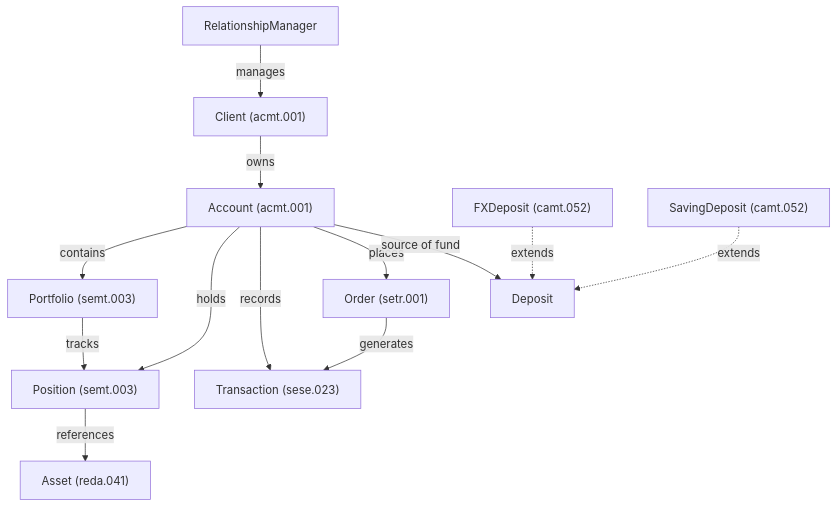
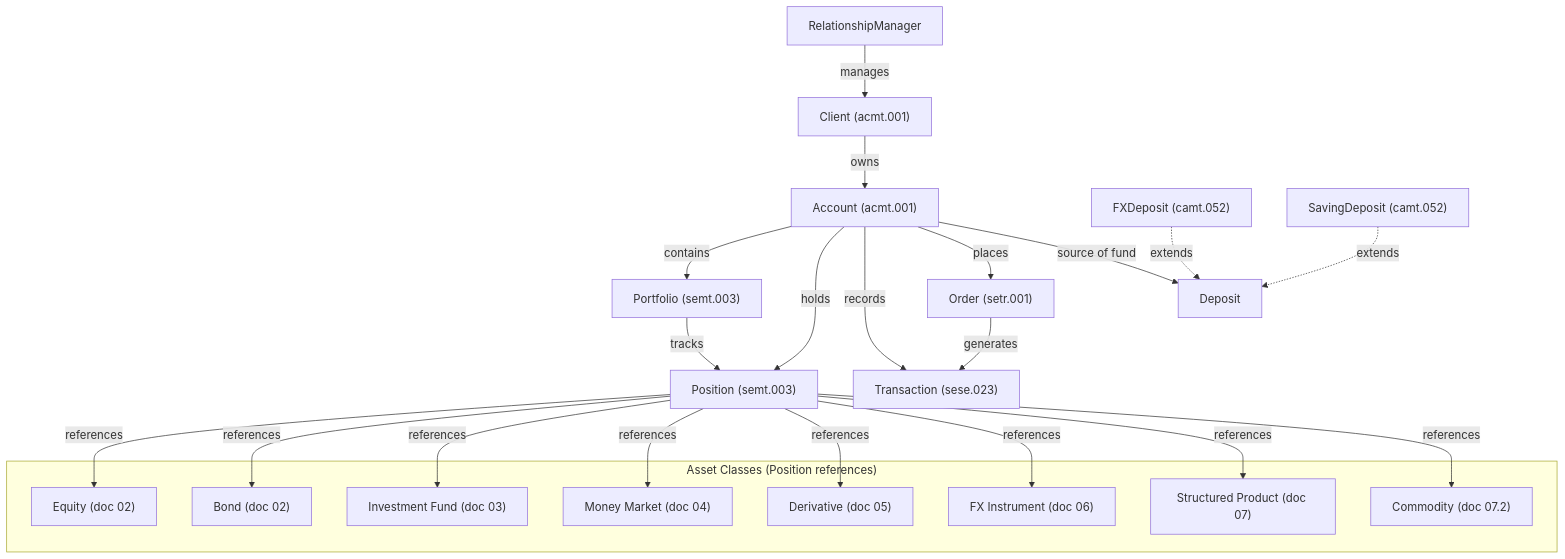
Before and after one commit to vahalla-wealth/investment-data: the diagram in docs/01-wealth-management-specification.md, drawn with Mermaid. The commit also changed other lines of this file, not shown here.

````diff
--- a/docs/01-wealth-management-specification.md
+++ b/docs/01-wealth-management-specification.md
@@ -39,27 +47,44 @@
 ```mermaid
 graph TD
     RM["RelationshipManager"]
     CLI["Client (acmt.001)"]
     ACC["Account (acmt.001)"]
     PF["Portfolio (semt.003)"]
     POS["Position (semt.003)"]
     TXN["Transaction (sese.023)"]
     ORD["Order (setr.001)"]
     DEP["Deposit"]
     FXD["FXDeposit (camt.052)"]
     SVD["SavingDeposit (camt.052)"]
-    AST["Asset (reda.041)"]
+
+    subgraph "Asset Classes (Position references)"
+        EQ["Equity (doc 02)"]
+        BD["Bond (doc 02)"]
+        FND["Investment Fund (doc 03)"]
+        MM["Money Market (doc 04)"]
+        DRV["Derivative (doc 05)"]
+        FX["FX Instrument (doc 06)"]
+        SP["Structured Product (doc 07)"]
+        CMD["Commodity (doc 07.2)"]
+    end
 
     RM -->|manages| CLI
     CLI -->|owns| ACC
     ACC -->|contains| PF
     ACC -->|holds| POS
     ACC -->|records| TXN
     ACC -->|places| ORD
     ACC -->|source of fund| DEP
     FXD -.->|extends| DEP
     SVD -.->|extends| DEP
     PF -->|tracks| POS
     ORD -->|generates| TXN
-    POS -->|references| AST
+    POS -->|references| EQ
+    POS -->|references| BD
+    POS -->|references| FND
+    POS -->|references| MM
+    POS -->|references| DRV
+    POS -->|references| FX
+    POS -->|references| SP
+    POS -->|references| CMD
 ```
````
